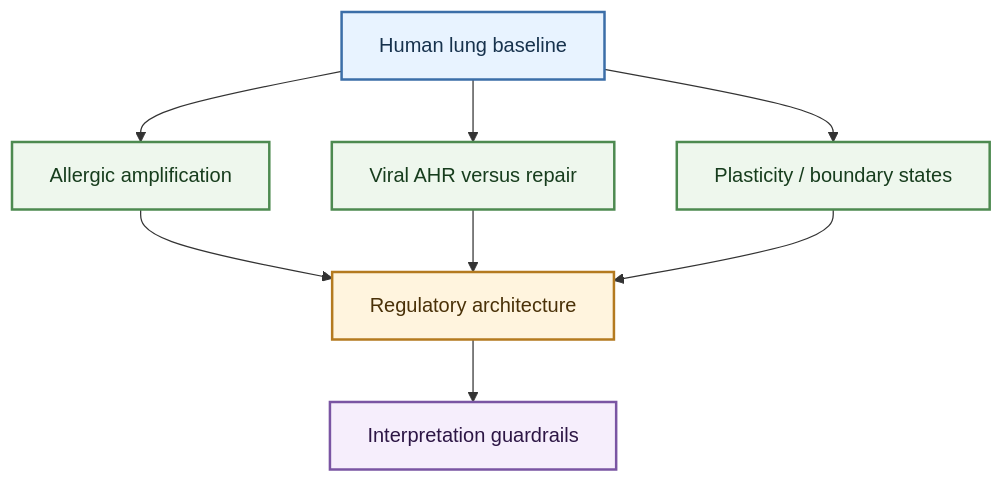
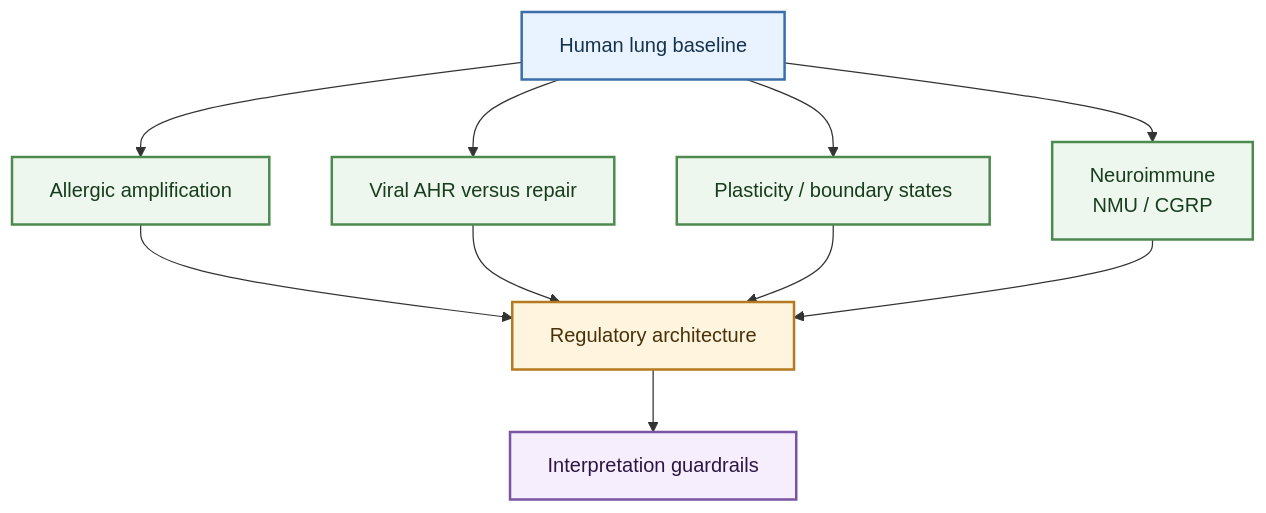
The diagram in wiki/entities/ILC2.md (shao1116/ILC-Wiki), drawn with Mermaid before and after one commit. The commit also changed 5 other files, not shown here.

````diff
--- a/wiki/entities/ILC2.md
+++ b/wiki/entities/ILC2.md
@@ -47,23 +47,25 @@
 ```mermaid
 flowchart TD
     accTitle: ILC2 Review Map
     accDescr: Review-style map of the main pulmonary ILC2 branches in this wiki.
 
     baseline["Human lung baseline"] --> allergy["Allergic amplification"]
     baseline --> viral["Viral AHR versus repair"]
     baseline --> plasticity["Plasticity / boundary states"]
+    baseline --> neuro["Neuroimmune<br/>NMU / CGRP"]
     allergy --> regulators["Regulatory architecture"]
     viral --> regulators
     plasticity --> regulators
+    neuro --> regulators
     regulators --> guardrails["Interpretation guardrails"]
 
     classDef entry fill:#e8f3ff,stroke:#3b6ea8,stroke-width:2px,color:#17324d
     classDef branch fill:#eef7ed,stroke:#4d8a50,stroke-width:2px,color:#173d1d
     classDef mech fill:#fff4de,stroke:#b47a1f,stroke-width:2px,color:#4a3108
     classDef caution fill:#f6eefc,stroke:#7a55a3,stroke-width:2px,color:#2d1645
 
     class baseline entry
-    class allergy,viral,plasticity branch
+    class allergy,viral,plasticity,neuro branch
     class regulators mech
     class guardrails caution
 ```
````
